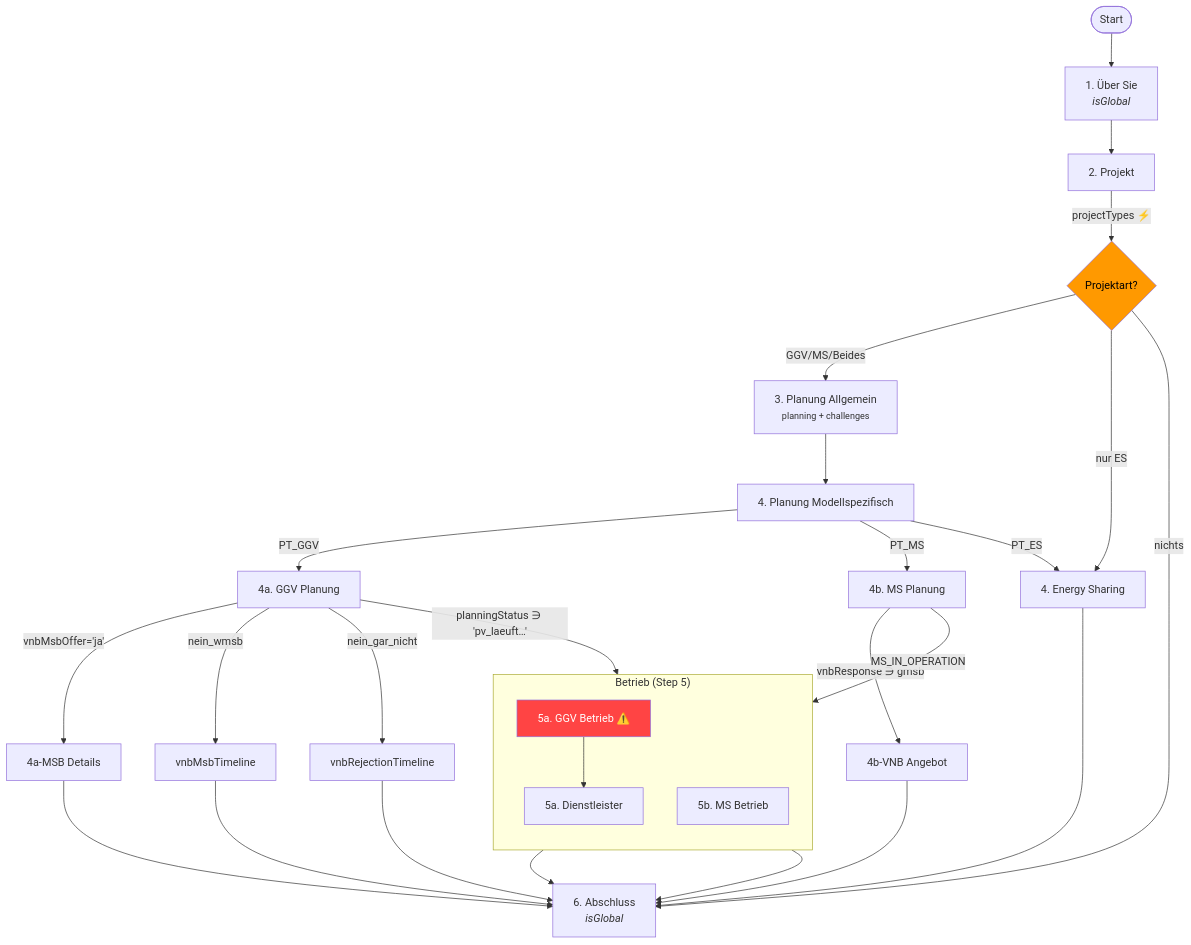
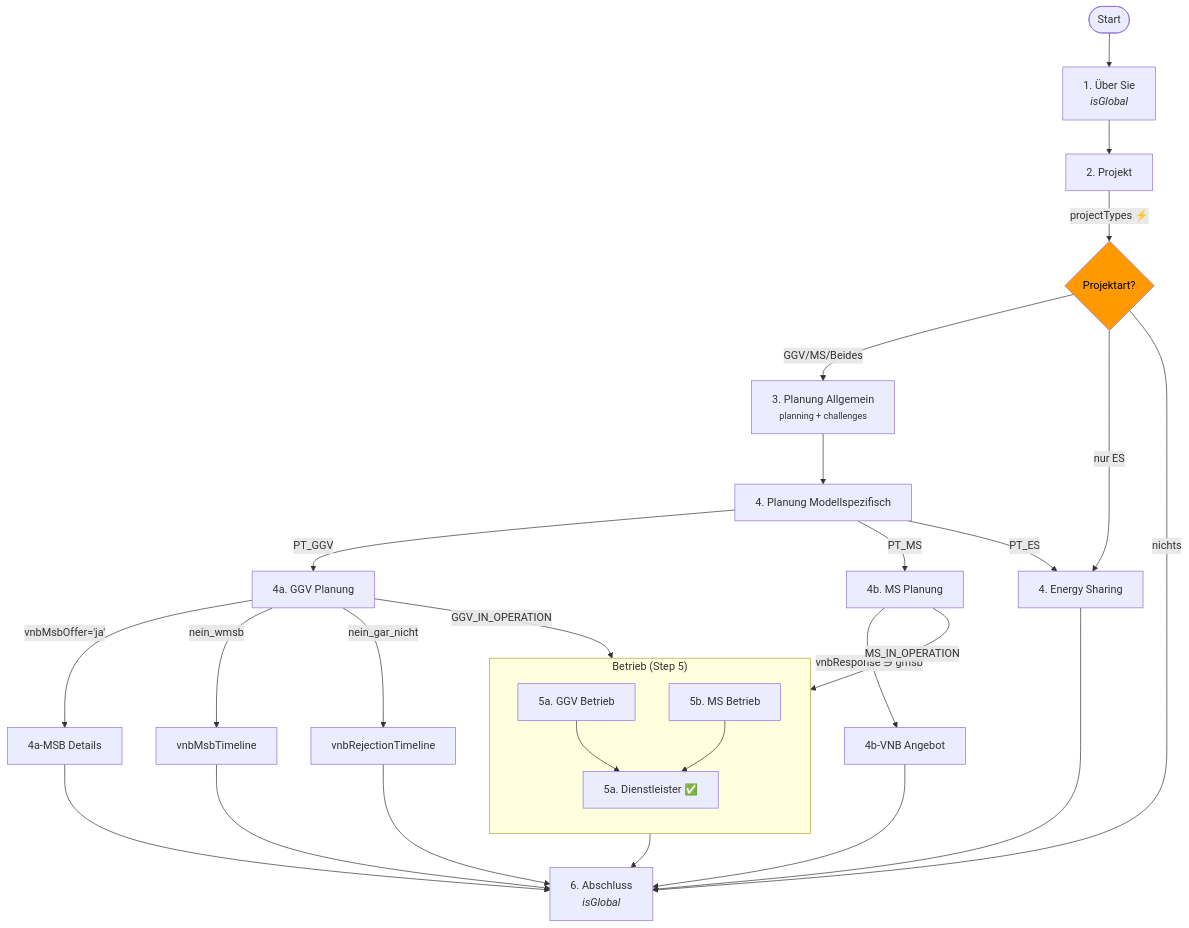
One commit to DanielFuerstenwerth/energy-spark-buddy changed the diagram in docs/umfrage_audit.md. Above: the diagram before and after it, drawn with Mermaid. The commit also changed other lines of this file, not shown here.

````diff
--- a/docs/umfrage_audit.md
+++ b/docs/umfrage_audit.md
@@ -351,45 +366,44 @@
 ```mermaid
 graph TD
     START([Start]) --> S1[1. Über Sie<br/><i>isGlobal</i>]
     S1 --> S2[2. Projekt]
 
     S2 -->|"projectTypes ⚡"| GATE{Projektart?}
 
     GATE -->|"GGV/MS/Beides"| S3[3. Planung Allgemein<br/><small>planning + challenges</small>]
     GATE -->|"nur ES"| S4_ES[4. Energy Sharing]
     GATE -->|"nichts"| S6[6. Abschluss<br/><i>isGlobal</i>]
 
     S3 --> S4[4. Planung Modellspezifisch]
 
     S4 -->|"PT_GGV"| VNB[4a. GGV Planung]
     S4 -->|"PT_MS"| MS[4b. MS Planung]
     S4 -->|"PT_ES"| S4_ES
 
     VNB -->|"vnbMsbOffer='ja'"| MSB[4a-MSB Details]
     VNB -->|"nein_wmsb"| TL1[vnbMsbTimeline]
     VNB -->|"nein_gar_nicht"| TL2[vnbRejectionTimeline]
 
     MS -->|"vnbResponse ∋ gmsb"| MSO[4b-VNB Angebot]
 
     subgraph "Betrieb (Step 5)"
         direction TB
-        GGV_OP[5a. GGV Betrieb ⚠️]
-        SP[5a. Dienstleister]
+        GGV_OP[5a. GGV Betrieb]
+        SP[5a. Dienstleister ✅]
         MS_OP[5b. MS Betrieb]
     end
 
-    VNB -->|"planningStatus ∋ 'pv_laeuft…'"| GGV_OP
+    VNB -->|"GGV_IN_OPERATION"| GGV_OP
     GGV_OP --> SP
     MS -->|"MS_IN_OPERATION"| MS_OP
+    MS_OP --> SP
 
     MSB --> S6
     TL1 --> S6
     TL2 --> S6
     MSO --> S6
     SP --> S6
-    MS_OP --> S6
     S4_ES --> S6
 
-    style GGV_OP fill:#f44,color:#fff
     style GATE fill:#f90,color:#000
 ```
````
